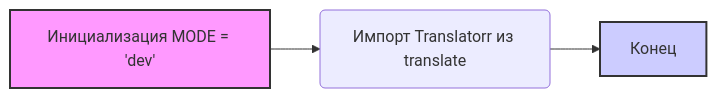
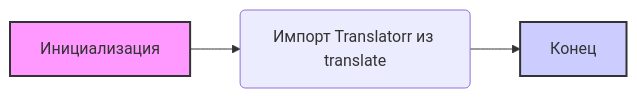
The diagram in docs/gemini/ru/explainer/src/translators/ttranslator/__init__.py.md (hypo69/hypo), drawn with Mermaid before and after one commit. The commit also changed other lines of this file and 6031 other files, not shown here.

````diff
--- a/docs/gemini/ru/explainer/src/translators/ttranslator/__init__.py.md
+++ b/docs/gemini/ru/explainer/src/translators/ttranslator/__init__.py.md
@@ -13,7 +13,7 @@
 ```mermaid
 graph LR
-    A[Инициализация MODE = 'dev'] --> B(Импорт Translatorr из translate);
+    A[Инициализация ] --> B(Импорт Translatorr из translate);
     B --> C[Конец];
     style A fill:#f9f,stroke:#333,stroke-width:2px
     style C fill:#ccf,stroke:#333,stroke-width:2px
 ```
````
